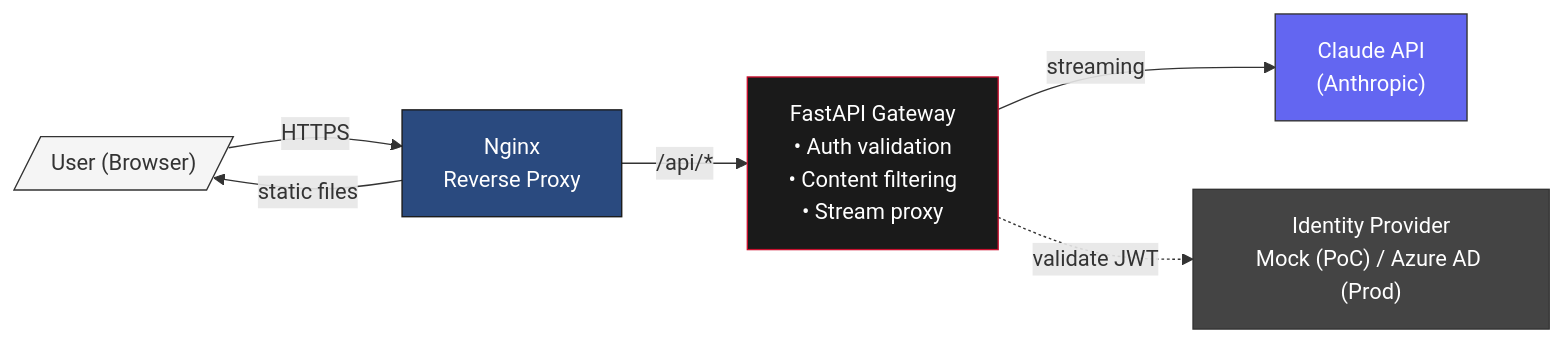
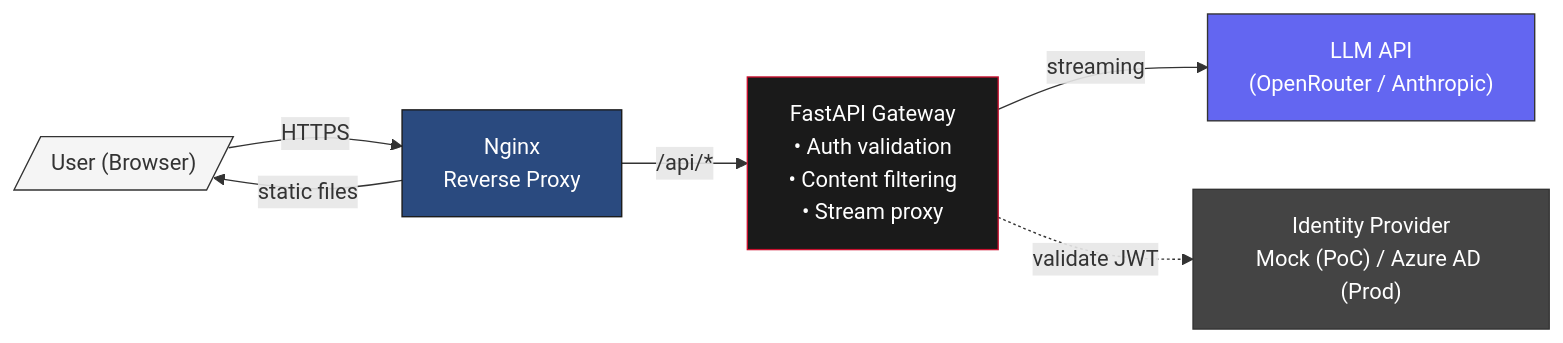
One commit to alezenonos/chatgateway changed the first of 6 diagrams in README.md. Above: the diagram before and after it, drawn with Mermaid. The commit also changed other lines of this file, not shown here.

````diff
--- a/README.md
+++ b/README.md
@@ -11,20 +28,20 @@
 ```mermaid
 graph LR
     User[/"User (Browser)"/]
     Nginx["Nginx<br/>Reverse Proxy"]
     FastAPI["FastAPI Gateway<br/>• Auth validation<br/>• Content filtering<br/>• Stream proxy"]
-    Claude["Claude API<br/>(Anthropic)"]
+    LLM["LLM API<br/>(OpenRouter / Anthropic)"]
     IdP["Identity Provider<br/>Mock (PoC) / Azure AD (Prod)"]
 
     User -->|HTTPS| Nginx
     Nginx -->|/api/*| FastAPI
     Nginx -->|static files| User
-    FastAPI -->|streaming| Claude
+    FastAPI -->|streaming| LLM
     FastAPI -.->|validate JWT| IdP
 
     style User fill:#f5f5f5,stroke:#333,color:#333
     style Nginx fill:#2a4a7f,stroke:#1a1a1a,color:#fff
     style FastAPI fill:#1a1a1a,stroke:#c8102e,color:#fff
-    style Claude fill:#6366f1,stroke:#333,color:#fff
+    style LLM fill:#6366f1,stroke:#333,color:#fff
     style IdP fill:#444,stroke:#333,color:#fff
 ```
````
